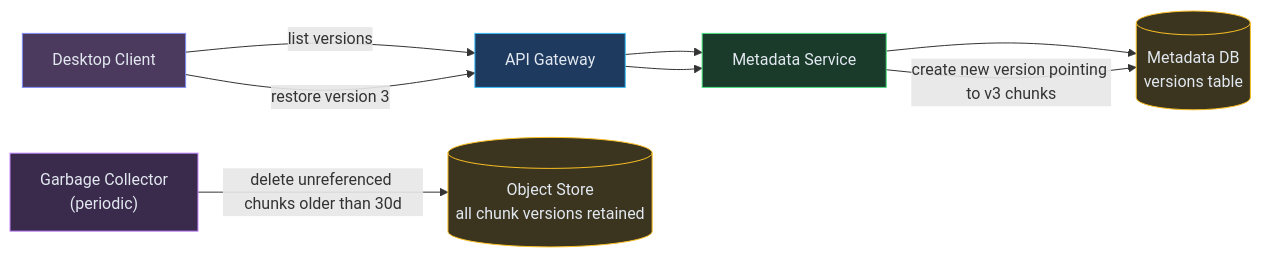
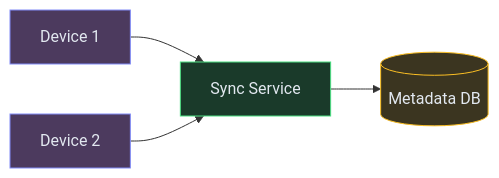
The fourth of 4 diagrams in content/hld/Dropbox.md (iluzn/HLD-Designs), drawn with Mermaid before and after one commit. The commit also changed other lines of this file and 8 other files, not shown here.

````diff
--- a/content/hld/Dropbox.md
+++ b/content/hld/Dropbox.md
@@ -259,23 +140,15 @@
 ```mermaid
 flowchart LR
-    CLIENT["Desktop Client"]:::client
-    API["API Gateway"]:::edge
-    META["Metadata Service"]:::service
-    METADB[("Metadata DB<br/>versions table")]:::data
-    OBJSTORE[("Object Store<br/>all chunk versions retained")]:::data
-    GC["Garbage Collector<br/>(periodic)"]:::async
+    DEV1["Device 1"]:::client
+    DEV2["Device 2"]:::client
+    API["Sync Service"]:::service
+    META[("Metadata DB")]:::data
 
-    CLIENT -->|"list versions"| API
+    DEV1 --> API
+    DEV2 --> API
     API --> META
-    META --> METADB
-    CLIENT -->|"restore version 3"| API
-    API --> META
-    META -->|"create new version pointing to v3 chunks"| METADB
-    GC -->|"delete unreferenced chunks older than 30d"| OBJSTORE
 
     classDef client fill:#4c3a5e,stroke:#818cf8,color:#e2e8f0
-    classDef edge fill:#1e3a5f,stroke:#38bdf8,color:#e2e8f0
     classDef service fill:#1a3a2a,stroke:#4ade80,color:#e2e8f0
     classDef data fill:#3b3520,stroke:#fbbf24,color:#e2e8f0
-    classDef async fill:#3a2a4c,stroke:#c084fc,color:#e2e8f0
 ```
````
